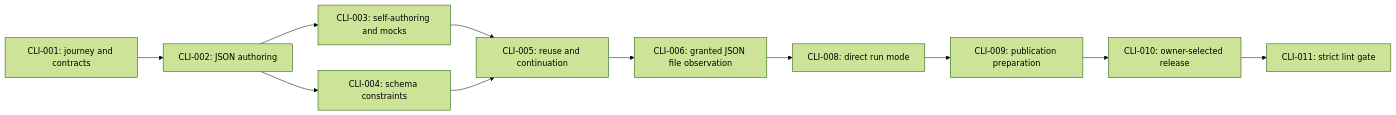
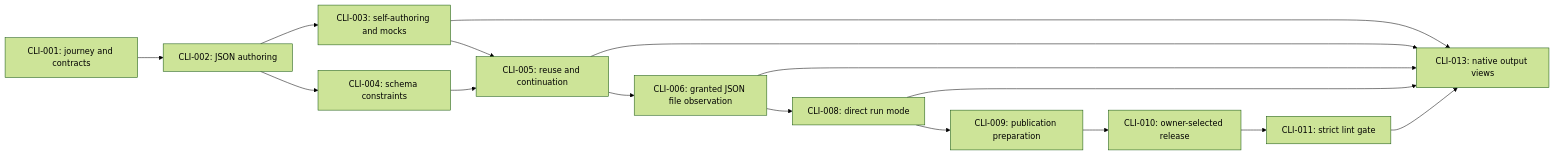
One commit to apnex/cli changed the diagram in docs/BOARD.md. Above: the diagram before and after it, drawn with Mermaid (forest theme). The commit also changed other lines of this file and 88 other files, not shown here.

Commit message:
Render configured command outputs with native Rust views

````diff
--- a/docs/BOARD.md
+++ b/docs/BOARD.md
@@ -95,13 +98,18 @@
 ```mermaid
 flowchart LR
     first["CLI-001: journey and contracts"] --> authoring["CLI-002: JSON authoring"]
     authoring --> loop["CLI-003: self-authoring and mocks"]
     authoring --> constraints["CLI-004: schema constraints"]
     loop --> reuse["CLI-005: reuse and continuation"]
     constraints --> reuse
     reuse --> connected["CLI-006: granted JSON file observation"]
     connected --> run["CLI-008: direct run mode"]
     run --> preparation["CLI-009: publication preparation"]
     preparation --> publication["CLI-010: owner-selected release"]
     publication --> lint["CLI-011: strict lint gate"]
+    loop --> views["CLI-013: native output views"]
+    reuse --> views
+    connected --> views
+    run --> views
+    lint --> views
 ```
````
